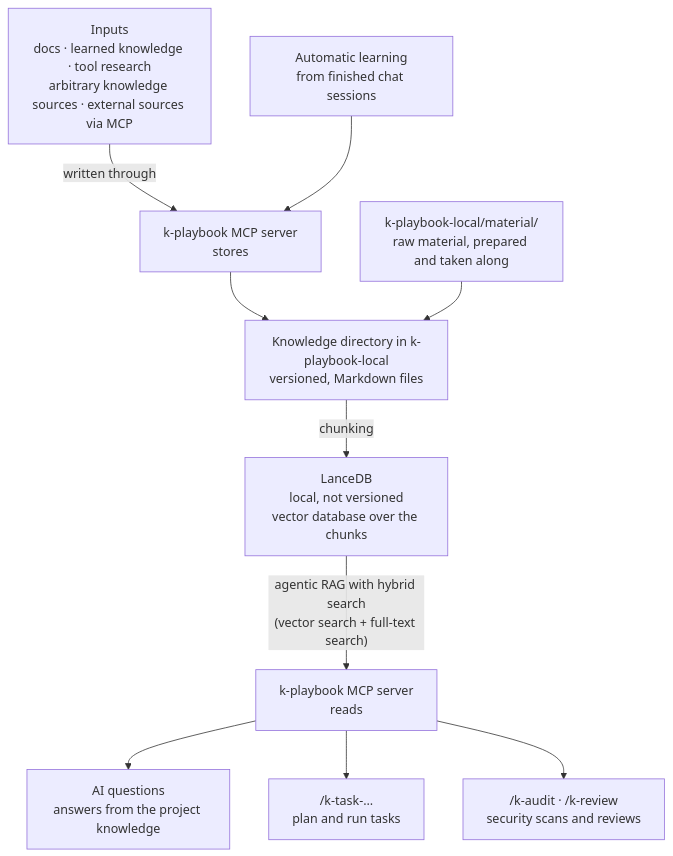
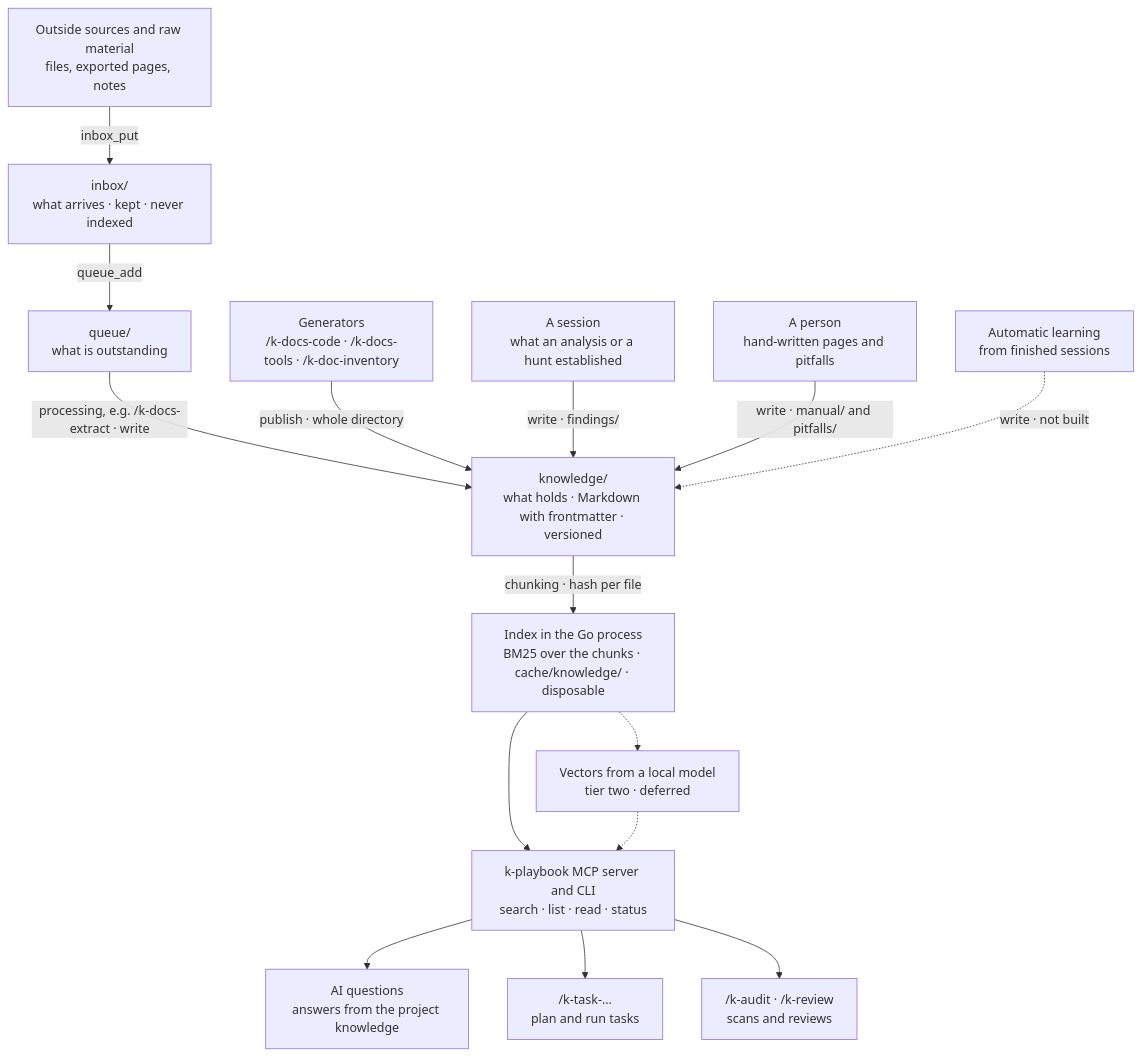
Before and after one commit to kascada/k-playbook: the diagram in docs/knowledge-storage.md, drawn with Mermaid. The commit also changed other lines of this file and 4 other files, not shown here.

````diff
--- a/docs/knowledge-storage.md
+++ b/docs/knowledge-storage.md
@@ -11,23 +15,36 @@
 ```mermaid
 flowchart TD
-    Input["Inputs<br>docs · learned knowledge · tool research<br>arbitrary knowledge sources · external sources via MCP"]
-    Material["k-playbook-local/material/<br>raw material, prepared and taken along"]
-    Learn["Automatic learning<br>from finished chat sessions"]
-    MCPWrite["k-playbook MCP server<br>stores"]
-    Store["Knowledge directory in k-playbook-local<br>versioned, Markdown files"]
-    Lance["LanceDB<br>local, not versioned<br>vector database over the chunks"]
-    MCPRead["k-playbook MCP server<br>reads"]
+    Sources["Outside sources and raw material<br>files, exported pages, notes"]
+    Generators["Generators<br>/k-docs-code · /k-docs-tools · /k-doc-inventory"]
+    Session["A session<br>what an analysis or a hunt established"]
+    Person["A person<br>hand-written pages and pitfalls"]
+    Learn["Automatic learning<br>from finished sessions"]
+
+    Inbox["inbox/<br>what arrives · kept · never indexed"]
+    Queue["queue/<br>what is outstanding"]
+    Knowledge["knowledge/<br>what holds · Markdown with frontmatter · versioned"]
+
+    Index["Index in the Go process<br>BM25 over the chunks · cache/knowledge/ · disposable"]
+    Vectors["Vectors from a local model<br>tier two · deferred"]
+    Gate["k-playbook MCP server and CLI<br>search · list · read · status"]
+
     Ask["AI questions<br>answers from the project knowledge"]
     Tasks["/k-task-…<br>plan and run tasks"]
-    Audit["/k-audit · /k-review<br>security scans and reviews"]
+    Audit["/k-audit · /k-review<br>scans and reviews"]
 
-    Input -->|"written through"| MCPWrite
-    Learn --> MCPWrite
-    MCPWrite --> Store
-    Material --> Store
-    Store -->|"chunking"| Lance
-    Lance -->|"agentic RAG with hybrid search<br>(vector search + full-text search)"| MCPRead
-    MCPRead --> Ask
-    MCPRead --> Tasks
-    MCPRead --> Audit
+    Sources -->|"inbox_put"| Inbox
+    Inbox -->|"queue_add"| Queue
+    Queue -->|"processing, e.g. /k-docs-extract · write"| Knowledge
+    Generators -->|"publish · whole directory"| Knowledge
+    Session -->|"write · findings/"| Knowledge
+    Person -->|"write · manual/ and pitfalls/"| Knowledge
+    Learn -.->|"write · not built"| Knowledge
+
+    Knowledge -->|"chunking · hash per file"| Index
+    Index -.-> Vectors
+    Index --> Gate
+    Vectors -.-> Gate
+    Gate --> Ask
+    Gate --> Tasks
+    Gate --> Audit
 ```
````
